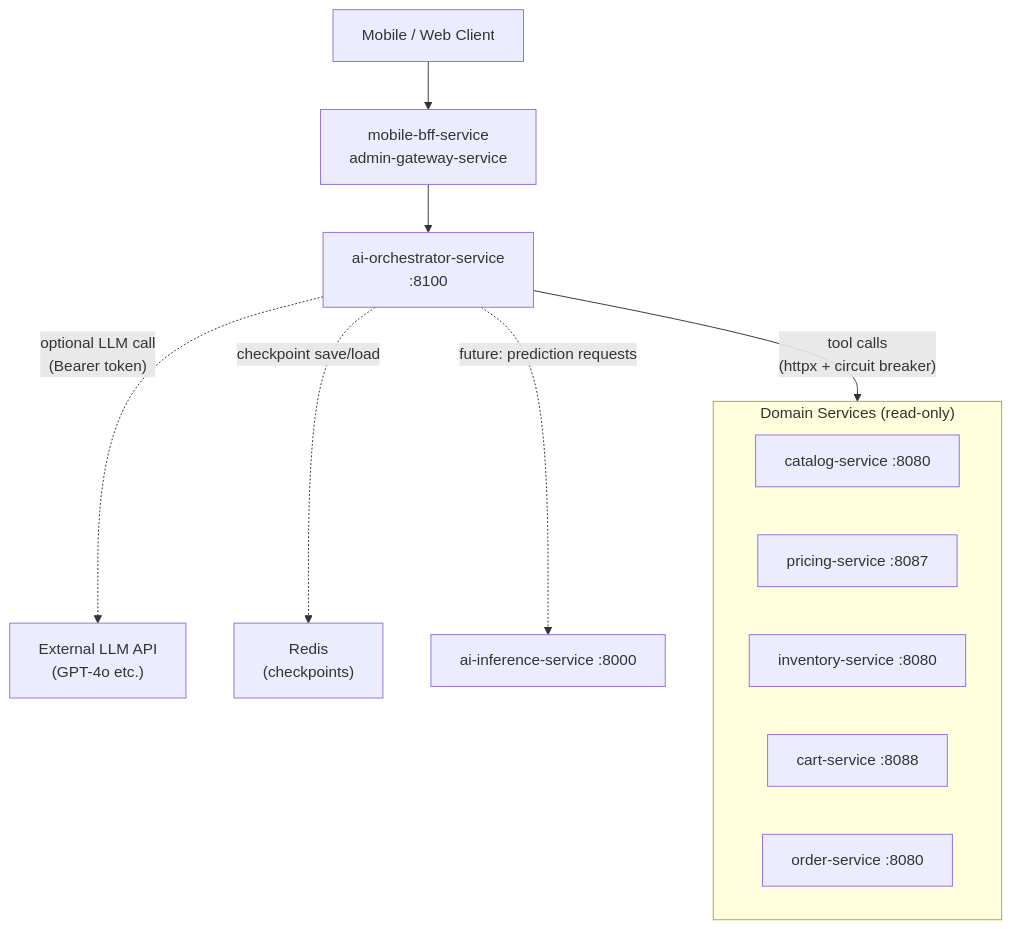
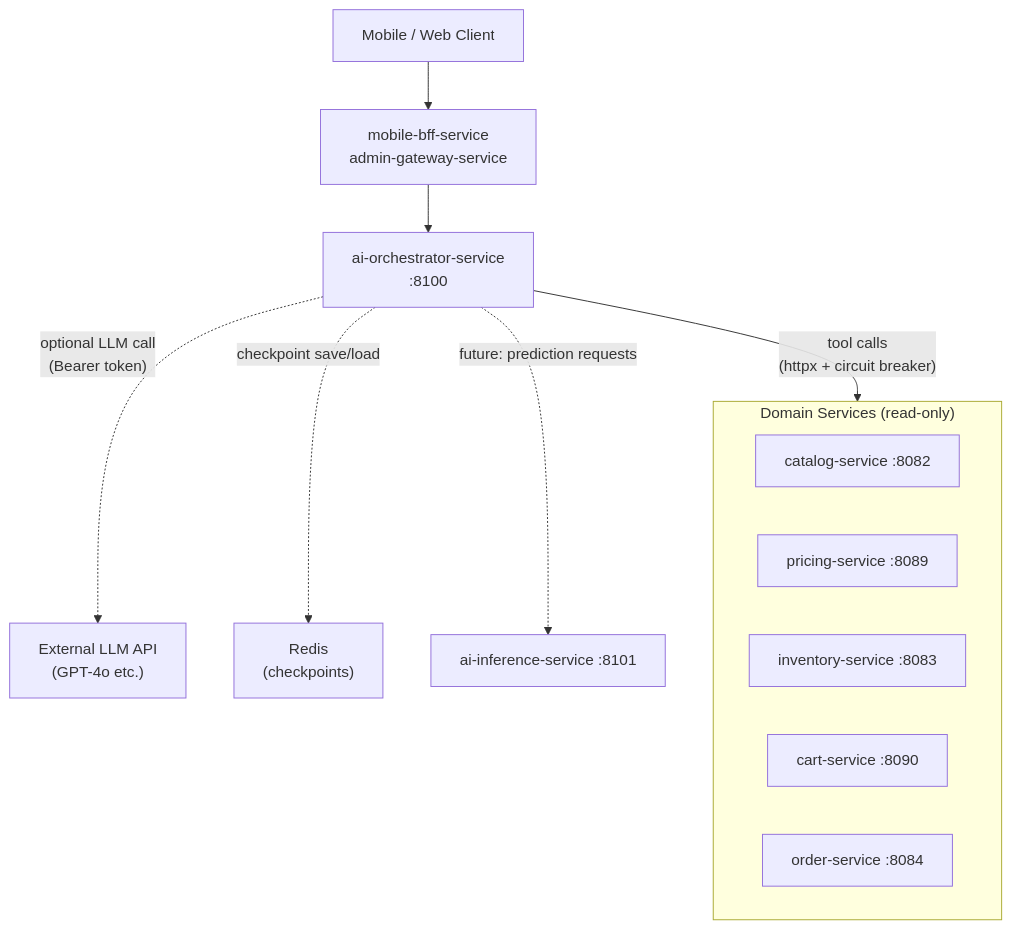
The first of 6 diagrams in services/ai-orchestrator-service/README.md (sunitakeazycommerz-a11y/InstaCommerce), drawn with Mermaid before and after one commit. The commit also changed other lines of this file and 33 other files, not shown here.

````diff
--- a/services/ai-orchestrator-service/README.md
+++ b/services/ai-orchestrator-service/README.md
@@ -68,25 +68,25 @@
 ```mermaid
 flowchart TD
     Client["Mobile / Web Client"]
     BFF["mobile-bff-service<br/>admin-gateway-service"]
     ORCH["ai-orchestrator-service<br/>:8100"]
     LLM["External LLM API<br/>(GPT-4o etc.)"]
     REDIS["Redis<br/>(checkpoints)"]
 
     subgraph DomainServices["Domain Services (read-only)"]
-        CAT["catalog-service :8080"]
-        PRC["pricing-service :8087"]
-        INV["inventory-service :8080"]
-        CART["cart-service :8088"]
-        ORD["order-service :8080"]
+        CAT["catalog-service :8082"]
+        PRC["pricing-service :8089"]
+        INV["inventory-service :8083"]
+        CART["cart-service :8090"]
+        ORD["order-service :8084"]
     end
 
-    INFER["ai-inference-service :8000"]
+    INFER["ai-inference-service :8101"]
 
     Client --> BFF
     BFF --> ORCH
     ORCH -->|"tool calls<br/>(httpx + circuit breaker)"| DomainServices
     ORCH -.->|"optional LLM call<br/>(Bearer token)"| LLM
     ORCH -.->|"checkpoint save/load"| REDIS
     ORCH -.->|"future: prediction requests"| INFER
 ```
````
